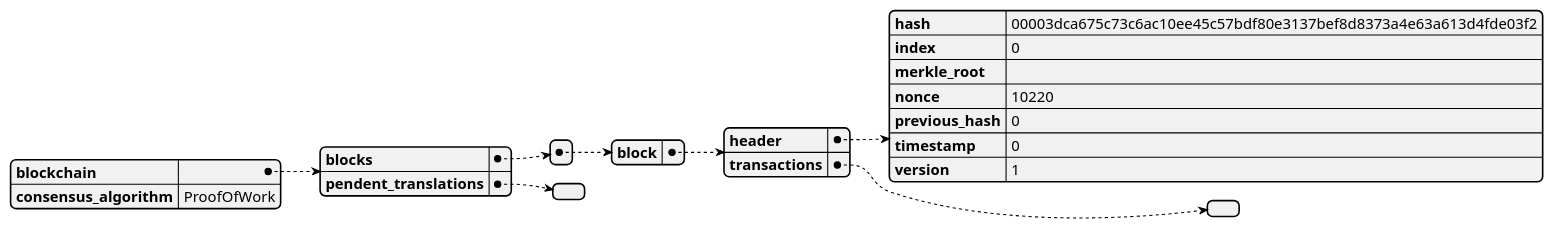
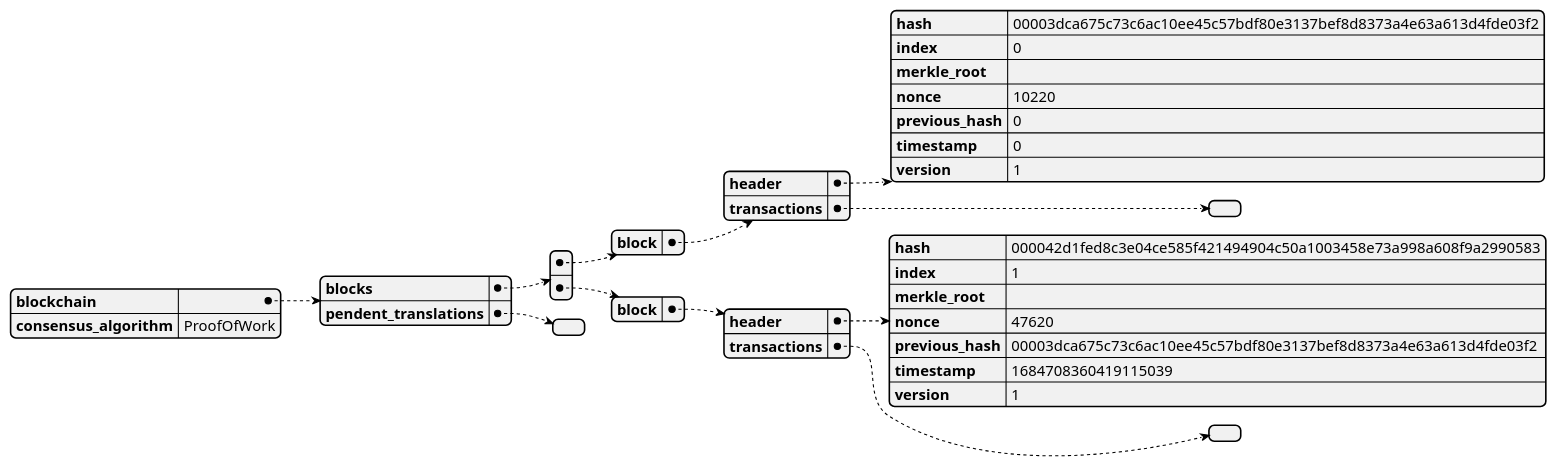
Before and after one commit to GoliathHagar/distributed_legder_kademlia: the diagram in src/distributed_legder/state_dumps/self.json.blockchain.json.plantuml, drawn with PlantUML. The commit also changed 27 other files, not shown here.

```diff
--- a/src/distributed_legder/state_dumps/self.json.blockchain.json.plantuml
+++ b/src/distributed_legder/state_dumps/self.json.blockchain.json.plantuml
@@ -1,3 +1,3 @@
 @startjson
-{"blockchain":{"blocks":[{"block":{"header":{"hash":"00003dca675c73c6ac10ee45c57bdf80e3137bef8d8373a4e63a613d4fde03f2","index":0,"merkle_root":"","nonce":10220,"previous_hash":"0","timestamp":0,"version":1},"transactions":[]}}],"pendent_translations":[]},"consensus_algorithm":"ProofOfWork"}
+{"blockchain":{"blocks":[{"block":{"header":{"hash":"00003dca675c73c6ac10ee45c57bdf80e3137bef8d8373a4e63a613d4fde03f2","index":0,"merkle_root":"","nonce":10220,"previous_hash":"0","timestamp":0,"version":1},"transactions":[]}},{"block":{"header":{"hash":"000042d1fed8c3e04ce585f421494904c50a1003458e73a998a608f9a2990583","index":1,"merkle_root":"","nonce":47620,"previous_hash":"00003dca675c73c6ac10ee45c57bdf80e3137bef8d8373a4e63a613d4fde03f2","timestamp":1684708360419115039,"version":1},"transactions":[]}}],"pendent_translations":[]},"consensus_algorithm":"ProofOfWork"}
 @endjson
```
